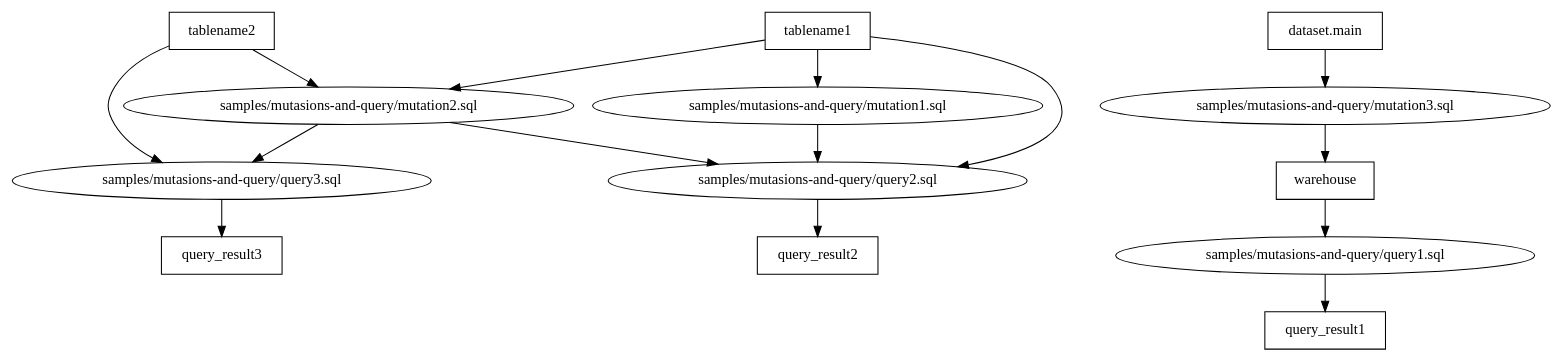
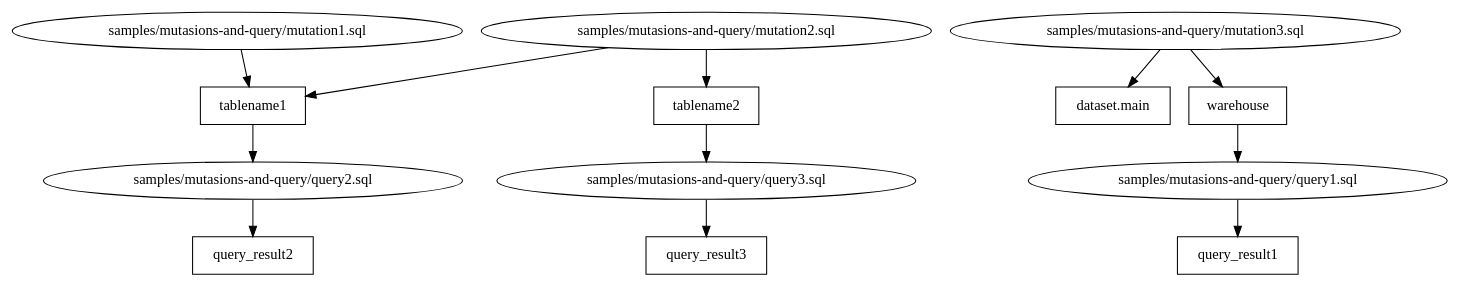
The diagram in samples/mutasions-and-query/side_effect_first_with_tables/dag.dot (Matts966/alphasql), drawn with Graphviz before and after one commit. The commit also changed 8 other files, not shown here.

```diff
--- a/samples/mutasions-and-query/side_effect_first_with_tables/dag.dot
+++ b/samples/mutasions-and-query/side_effect_first_with_tables/dag.dot
@@ -1,29 +1,26 @@
 digraph G {
 0 [label="samples/mutasions-and-query/mutation1.sql", shape="", type=query];
 1 [label="samples/mutasions-and-query/mutation2.sql", shape="", type=query];
 2 [label="samples/mutasions-and-query/mutation3.sql", shape="", type=query];
 3 [label="samples/mutasions-and-query/query1.sql", shape="", type=query];
 4 [label="samples/mutasions-and-query/query2.sql", shape="", type=query];
 5 [label="samples/mutasions-and-query/query3.sql", shape="", type=query];
 6 [label="dataset.main", shape=box, type=table];
 7 [label=query_result1, shape=box, type=table];
 8 [label=query_result2, shape=box, type=table];
 9 [label=query_result3, shape=box, type=table];
 10 [label=tablename1, shape=box, type=table];
 11 [label=tablename2, shape=box, type=table];
 12 [label=warehouse, shape=box, type=table];
-0->4 ;
-1->4 ;
-1->5 ;
+0->10 ;
+1->10 ;
+1->11 ;
+2->6 ;
 2->12 ;
 3->7 ;
 4->8 ;
 5->9 ;
-6->2 ;
-10->1 ;
-10->0 ;
 10->4 ;
-11->1 ;
 11->5 ;
 12->3 ;
 }
```
